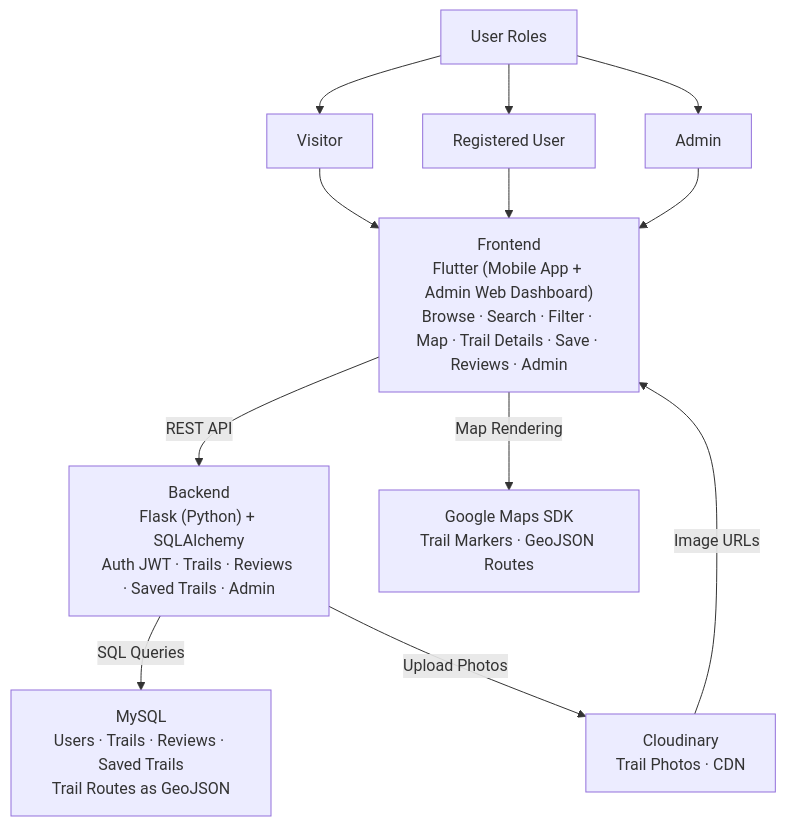
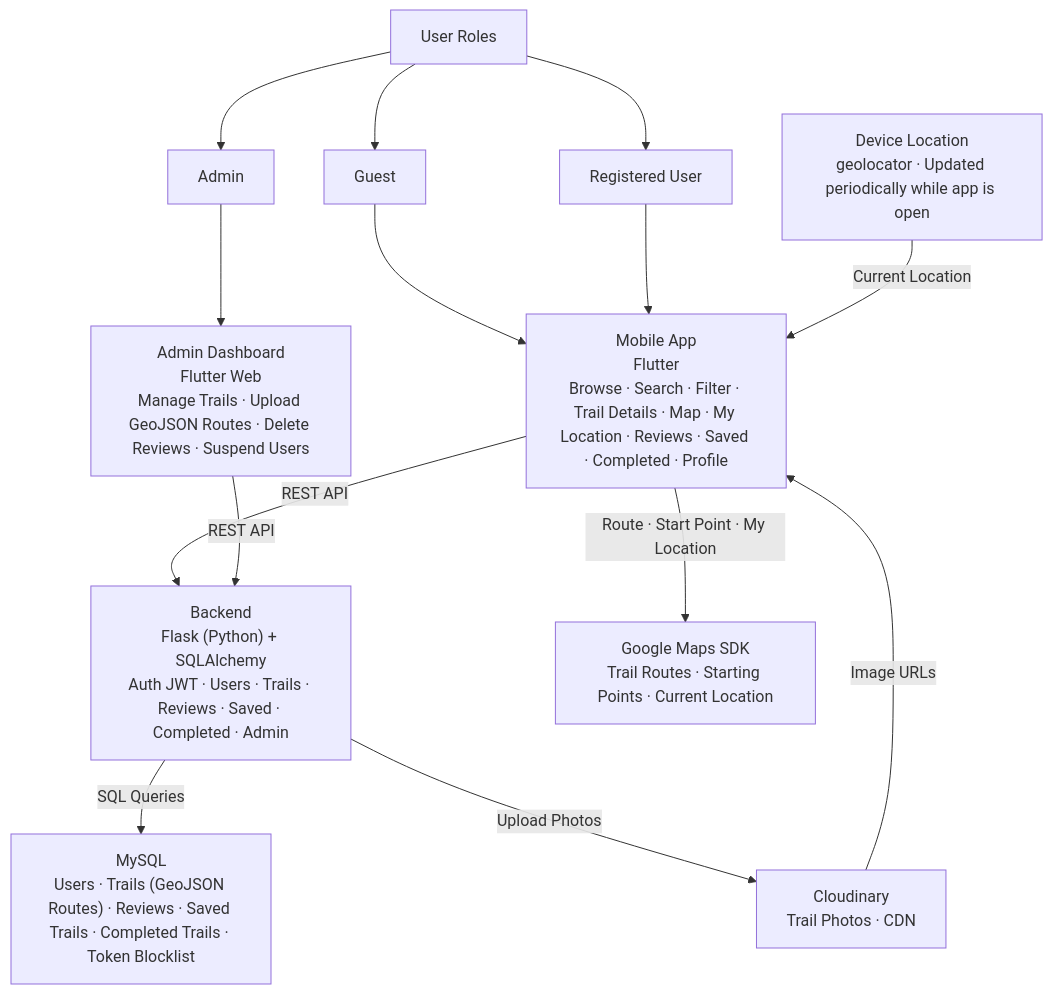
The diagram in README.md (SarahAlkhubaizy/try), drawn with Mermaid before and after one commit.

Commit message:
Revise flowchart for user roles and components
Updated user roles and component descriptions in the flowchart. Modified frontend and backend references to reflect application structure.

````diff
--- a/README.md
+++ b/README.md
@@ -11,30 +11,35 @@
 ```mermaid
 flowchart TB
     Roles[User Roles]
 
-    Roles --> actor1[Visitor]
+    Roles --> actor1[Guest]
     Roles --> actor2[Registered User]
     Roles --> actor3[Admin]
 
-    actor1 --> FE
-    actor2 --> FE
-    actor3 --> FE
+    actor1 --> APP
+    actor2 --> APP
+    actor3 --> ADMIN
 
-    FE["Frontend<br/>Flutter (Mobile App + Admin Web Dashboard)<br/>Browse · Search · Filter · Map · Trail Details · Save · Reviews · Admin"]
+    APP["Mobile App<br/>Flutter<br/>Browse · Search · Filter · Trail Details · Map · My Location · Reviews · Saved · Completed · Profile"]
+    ADMIN["Admin Dashboard<br/>Flutter Web<br/>Manage Trails · Upload GeoJSON Routes · Delete Reviews · Suspend Users"]
 
-    FE -->|REST API| BE
-    FE -->|Map Rendering| MAPS
+    GPS["Device Location<br/>geolocator · Updated periodically while app is open"]
 
-    BE["Backend<br/>Flask (Python) + SQLAlchemy<br/>Auth JWT · Trails · Reviews · Saved Trails · Admin"]
+    GPS -->|Current Location| APP
+    APP -->|REST API| BE
+    ADMIN -->|REST API| BE
+    APP -->|Route · Start Point · My Location| MAPS
+
+    BE["Backend<br/>Flask (Python) + SQLAlchemy<br/>Auth JWT · Users · Trails · Reviews · Saved · Completed · Admin"]
 
     BE -->|SQL Queries| DB
     BE -->|Upload Photos| CLOUD
 
-    DB["MySQL<br/>Users · Trails · Reviews · Saved Trails<br/>Trail Routes as GeoJSON"]
+    DB["MySQL<br/>Users · Trails (GeoJSON Routes) · Reviews · Saved Trails · Completed Trails · Token Blocklist"]
 
     CLOUD["Cloudinary<br/>Trail Photos · CDN"]
 
-    MAPS["Google Maps SDK<br/>Trail Markers · GeoJSON Routes"]
+    MAPS["Google Maps SDK<br/>Trail Routes · Starting Points · Current Location"]
 
-    CLOUD -->|Image URLs| FE
+    CLOUD -->|Image URLs| APP
 ```
````
